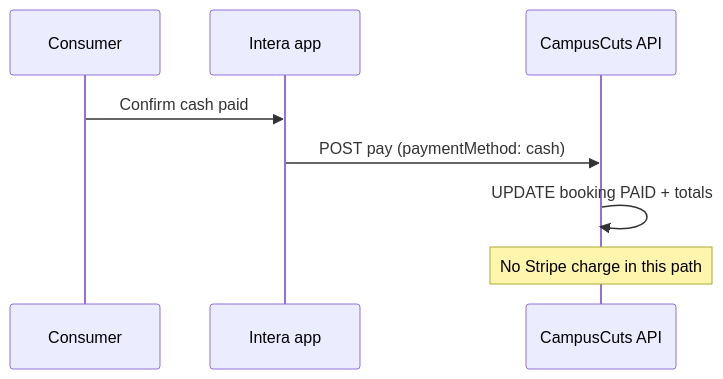
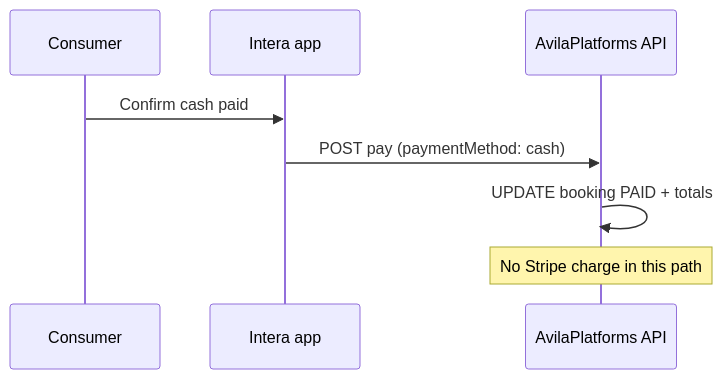
The second of 2 diagrams in PLATFORM_AND_MONEY_FLOWS.md (lmckeown27/OnCutsiOS), drawn with Mermaid before and after one commit. The commit also changed other lines of this file and 903 other files, not shown here.

First line of the commit message:
Integrate Intera with the AvilaPlatforms Swift package and rebrand the monorepo package.

````diff
--- a/PLATFORM_AND_MONEY_FLOWS.md
+++ b/PLATFORM_AND_MONEY_FLOWS.md
@@ -147,11 +147,11 @@
 ```mermaid
 sequenceDiagram
     participant C as Consumer
     participant I as Intera app
-    participant API as CampusCuts API
+    participant API as AvilaPlatforms API
 
     C->>I: Confirm cash paid
     I->>API: POST pay (paymentMethod: cash)
     API->>API: UPDATE booking PAID + totals
     Note over API: No Stripe charge in this path
 ```
````
